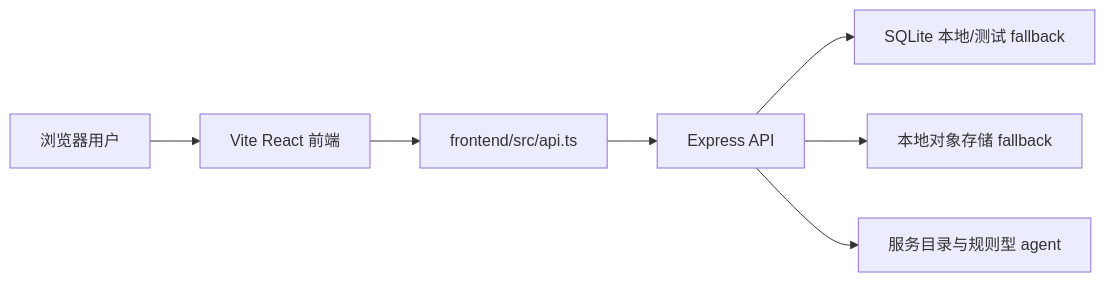
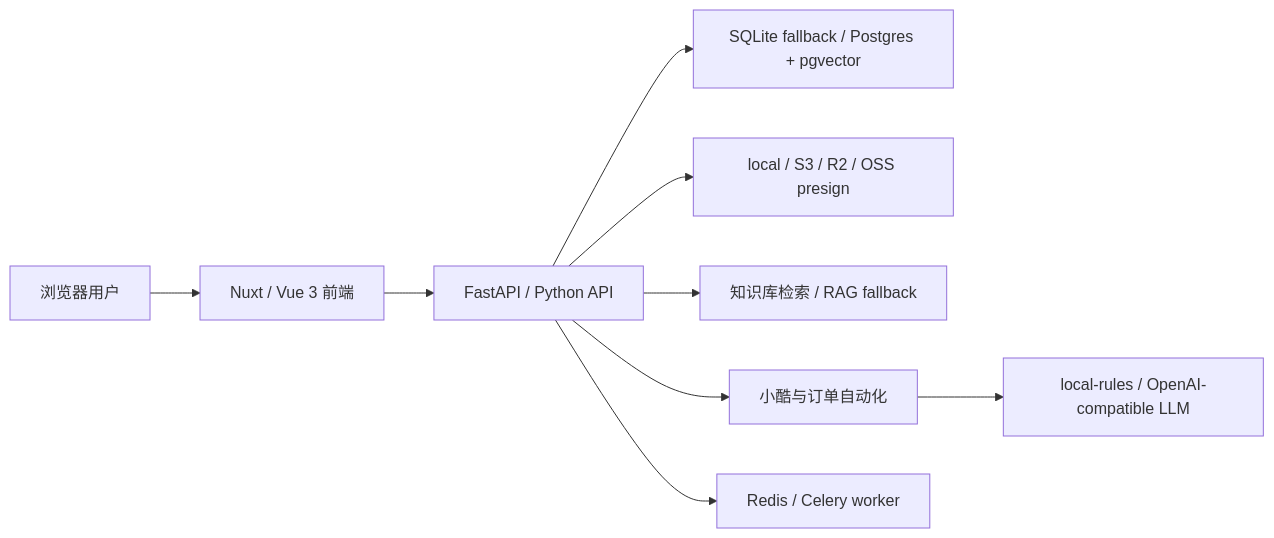
One commit to hhhx-lab/Kuli-back changed the diagram in docs/TECHNICAL_ARCHITECTURE.md. Above: the diagram before and after it, drawn with Mermaid. The commit also changed other lines of this file and 132 other files, not shown here.

Commit message:
[feat] 迁移为 Nuxt FastAPI 分离架构

````diff
--- a/docs/TECHNICAL_ARCHITECTURE.md
+++ b/docs/TECHNICAL_ARCHITECTURE.md
@@ -7,9 +7,11 @@
 ```mermaid
 flowchart LR
-  User["浏览器用户"] --> Frontend["Vite React 前端"]
-  Frontend --> ApiClient["frontend/src/api.ts"]
-  ApiClient --> Backend["Express API"]
-  Backend --> SQLite["SQLite 本地/测试 fallback"]
-  Backend --> ObjectStore["本地对象存储 fallback"]
-  Backend --> Catalog["服务目录与规则型 agent"]
+  User["浏览器用户"] --> Nuxt["Nuxt / Vue 3 前端"]
+  Nuxt --> FastAPI["FastAPI / Python API"]
+  FastAPI --> SQL["SQLite fallback / Postgres + pgvector"]
+  FastAPI --> Storage["local / S3 / R2 / OSS presign"]
+  FastAPI --> Knowledge["知识库检索 / RAG fallback"]
+  FastAPI --> Agent["小酷与订单自动化"]
+  Agent --> LLM["local-rules / OpenAI-compatible LLM"]
+  FastAPI --> Redis["Redis / Celery worker"]
 ```
````
